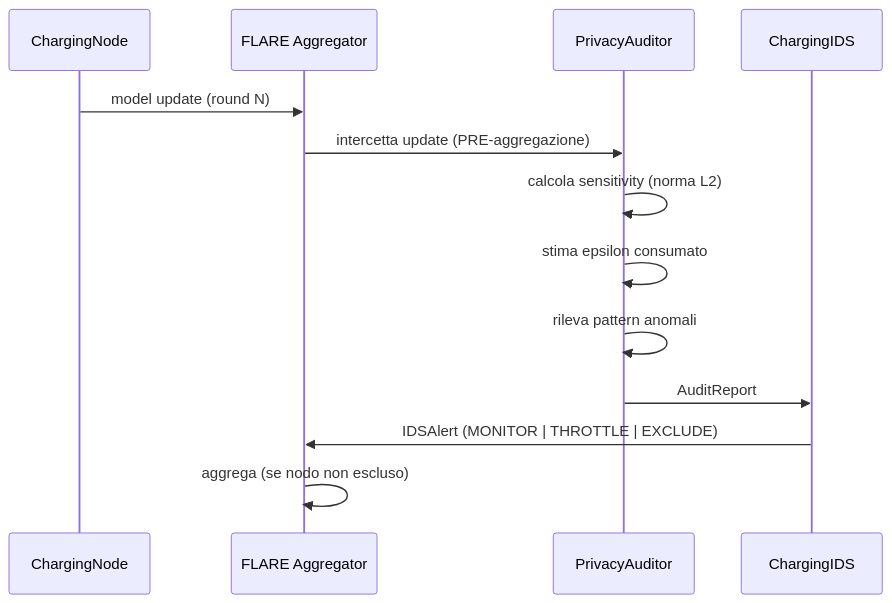
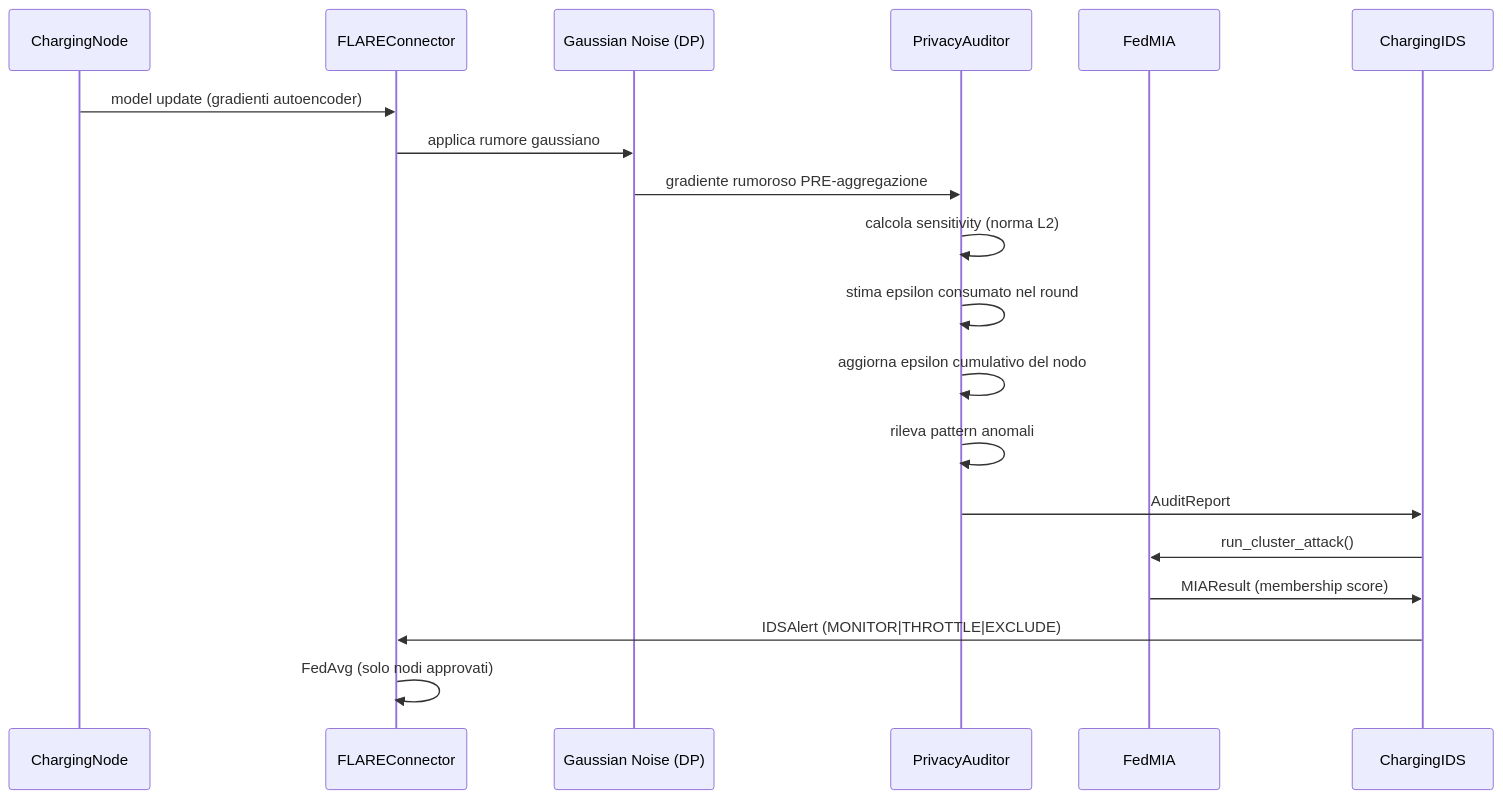
Before and after one commit to susetta85/ChargeShield-FL: the diagram in docs/PrivacyAuditor.md, drawn with Mermaid. The commit also changed other lines of this file and 4 other files, not shown here.

Commit message:
docs: ThreatModel e PrivacyAuditor riscritti con focus MIA, IDS.md, ProtocolAdapters.md, CaseStudies.md

````diff
--- a/docs/PrivacyAuditor.md
+++ b/docs/PrivacyAuditor.md
@@ -16,16 +20,22 @@
 ```mermaid
 sequenceDiagram
-    participant Nodo as ChargingNode
-    participant FL as FLARE Aggregator
+    participant N as ChargingNode
+    participant FL as FLAREConnector
+    participant DP as Gaussian Noise (DP)
     participant PA as PrivacyAuditor
+    participant MIA as FedMIA
     participant IDS as ChargingIDS
 
-    Nodo->>FL: model update (round N)
-    FL->>PA: intercetta update (PRE-aggregazione)
+    N->>FL: model update (gradienti autoencoder)
+    FL->>DP: applica rumore gaussiano
+    DP->>PA: gradiente rumoroso PRE-aggregazione
     PA->>PA: calcola sensitivity (norma L2)
-    PA->>PA: stima epsilon consumato
+    PA->>PA: stima epsilon consumato nel round
+    PA->>PA: aggiorna epsilon cumulativo del nodo
     PA->>PA: rileva pattern anomali
     PA->>IDS: AuditReport
-    IDS->>FL: IDSAlert (MONITOR | THROTTLE | EXCLUDE)
-    FL->>FL: aggrega (se nodo non escluso)
+    IDS->>MIA: run_cluster_attack()
+    MIA->>IDS: MIAResult (membership score)
+    IDS->>FL: IDSAlert (MONITOR|THROTTLE|EXCLUDE)
+    FL->>FL: FedAvg (solo nodi approvati)
 ```
````
